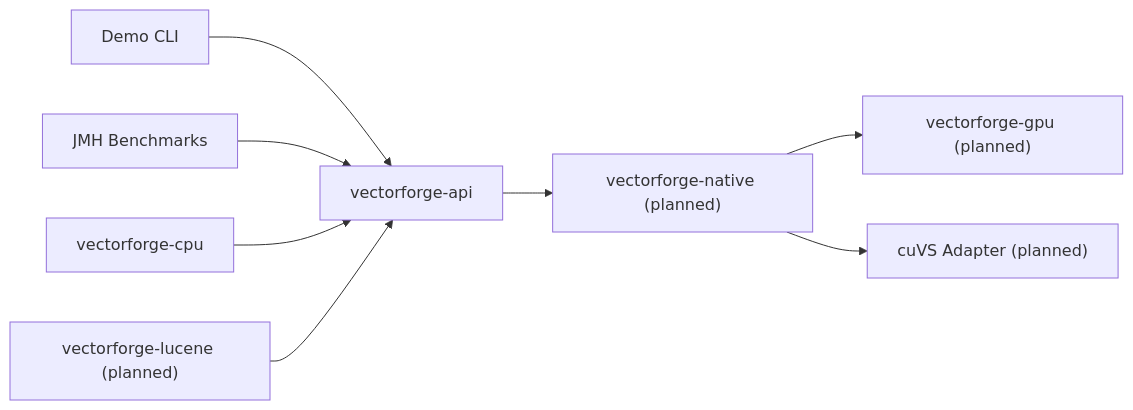
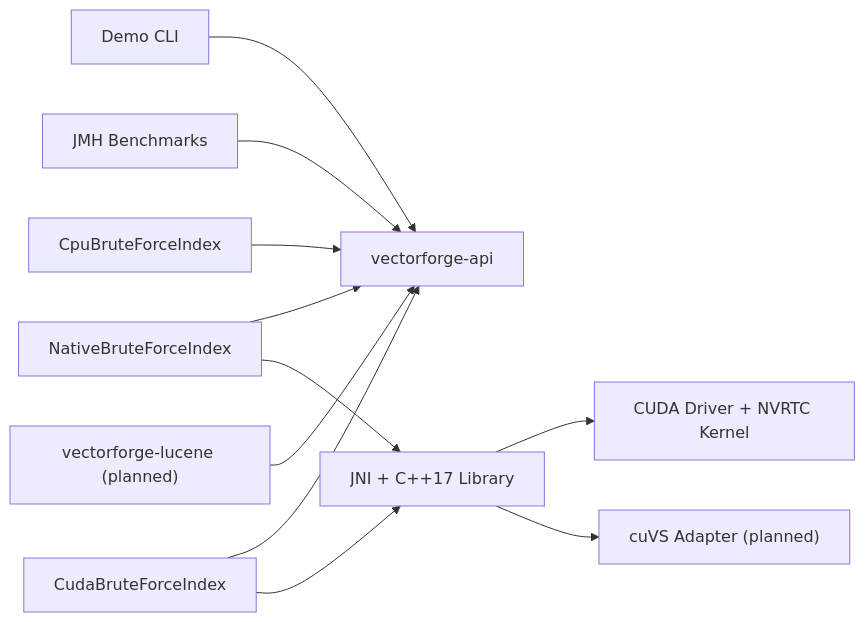
Before and after one commit to AntVann/Java-Vector-Search: the diagram in README.md, drawn with Mermaid. The commit also changed other lines of this file and 12 other files, not shown here.

````diff
--- a/README.md
+++ b/README.md
@@ -24,10 +18,13 @@
 ```mermaid
 flowchart LR
     Demo["Demo CLI"] --> API["vectorforge-api"]
     Bench["JMH Benchmarks"] --> API
-    CPU["vectorforge-cpu"] --> API
-    API --> Native["vectorforge-native (planned)"]
-    Native --> GPU["vectorforge-gpu (planned)"]
-    Native --> CUVS["cuVS Adapter (planned)"]
+    CPU["CpuBruteForceIndex"] --> API
+    NativeJava["NativeBruteForceIndex"] --> API
+    NativeJava --> NativeCpp["JNI + C++17 Library"]
+    GpuJava["CudaBruteForceIndex"] --> API
+    GpuJava --> NativeCpp
+    NativeCpp --> GPU["CUDA Driver + NVRTC Kernel"]
+    NativeCpp --> CUVS["cuVS Adapter (planned)"]
     Lucene["vectorforge-lucene (planned)"] --> API
 ```
````
